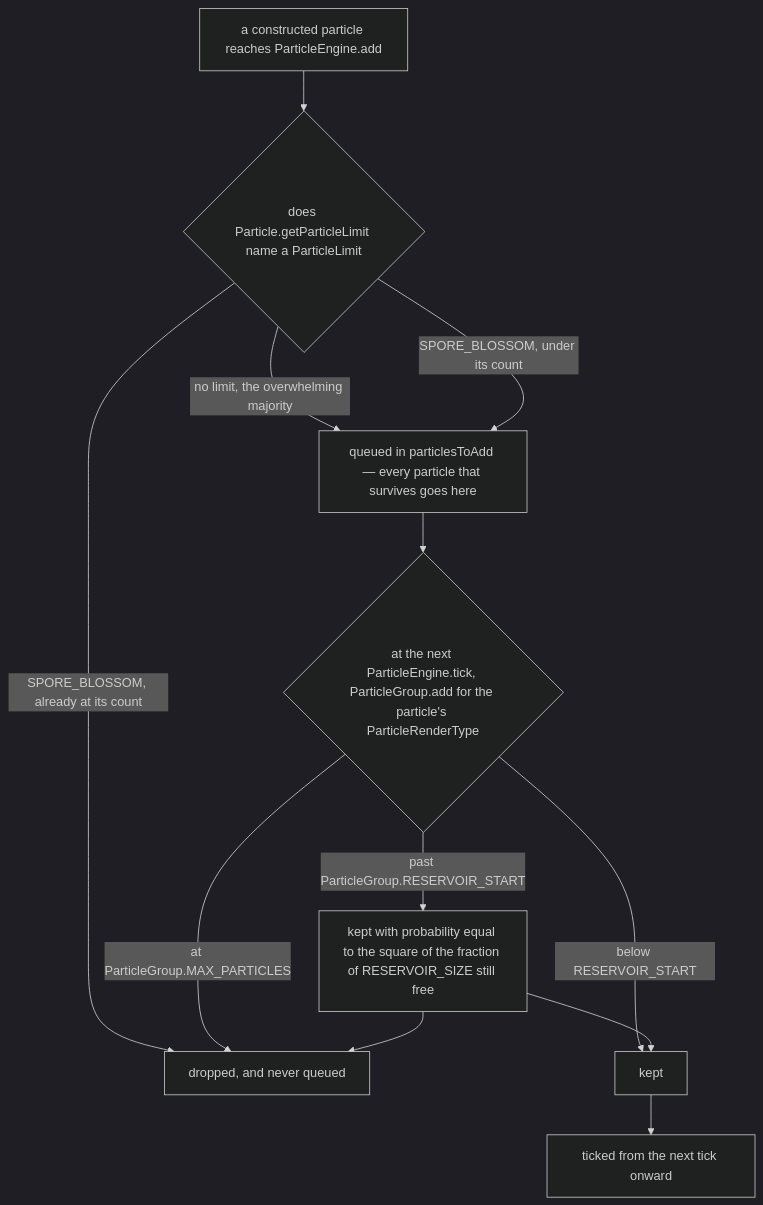
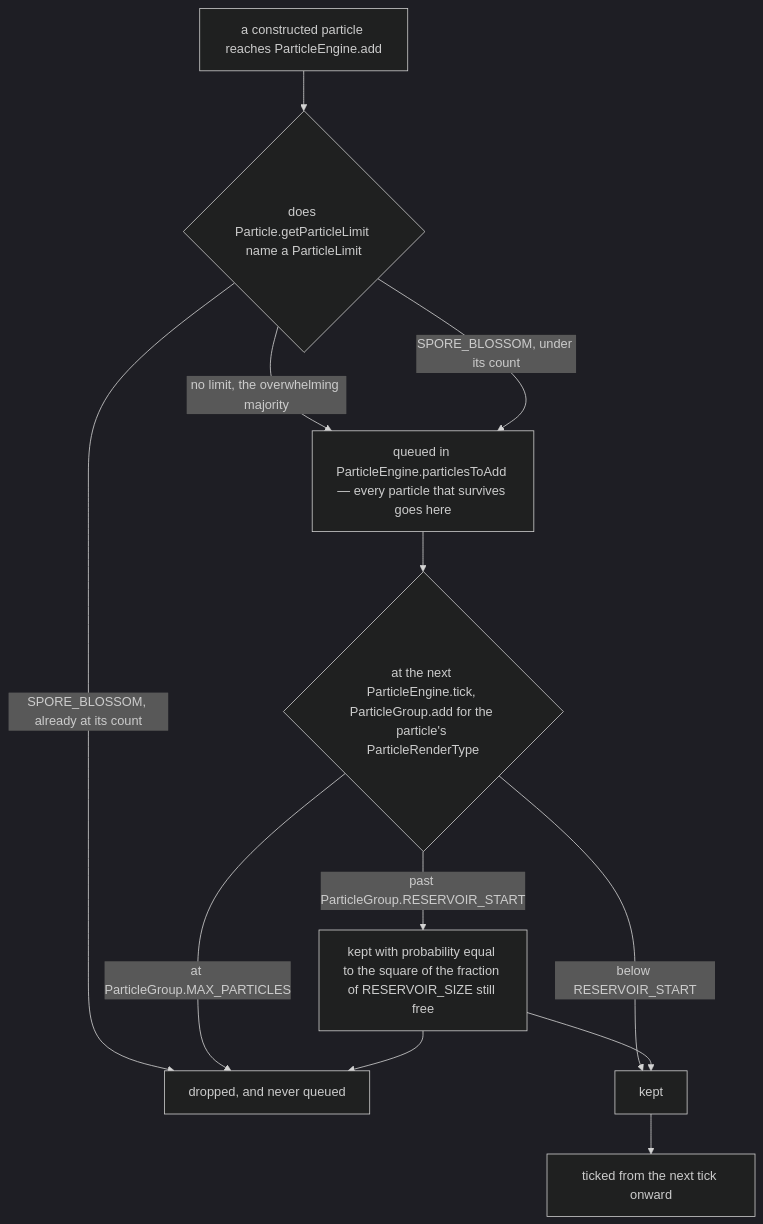
Before and after one commit to AlexanderjFraser/MinecraftDocs: the second of 2 diagrams in src/systems/rendering/particles.md, drawn with Mermaid (dark theme). The commit also changed 55 other files, not shown here.

First line of the commit message:
pass 7, session O — the close, before K: the figure gate strict, the landing figures read as one set, and one strike in thirty not borne out

````diff
--- a/src/systems/rendering/particles.md
+++ b/src/systems/rendering/particles.md
@@ -199,14 +199,14 @@
 ```mermaid
 flowchart TD
     A["a constructed particle reaches ParticleEngine.add"] --> B{"does Particle.getParticleLimit name a ParticleLimit"}
     B -- "no limit, the overwhelming majority" --> Q
     B -- "SPORE_BLOSSOM, already at its count" --> X["dropped, and never queued"]
-    B -- "SPORE_BLOSSOM, under its count" --> Q["queued in particlesToAdd — every particle that survives goes here"]
+    B -- "SPORE_BLOSSOM, under its count" --> Q["queued in ParticleEngine.particlesToAdd — every particle that survives goes here"]
     Q --> D{"at the next ParticleEngine.tick, ParticleGroup.add for the particle's ParticleRenderType"}
     D -- "at ParticleGroup.MAX_PARTICLES" --> X
     D -- "past ParticleGroup.RESERVOIR_START" --> E["kept with probability equal to the square of the fraction of RESERVOIR_SIZE still free"]
     D -- "below RESERVOIR_START" --> K["kept"]
     E --> K
     E --> X
     K --> T["ticked from the next tick onward"]
 ```
````
